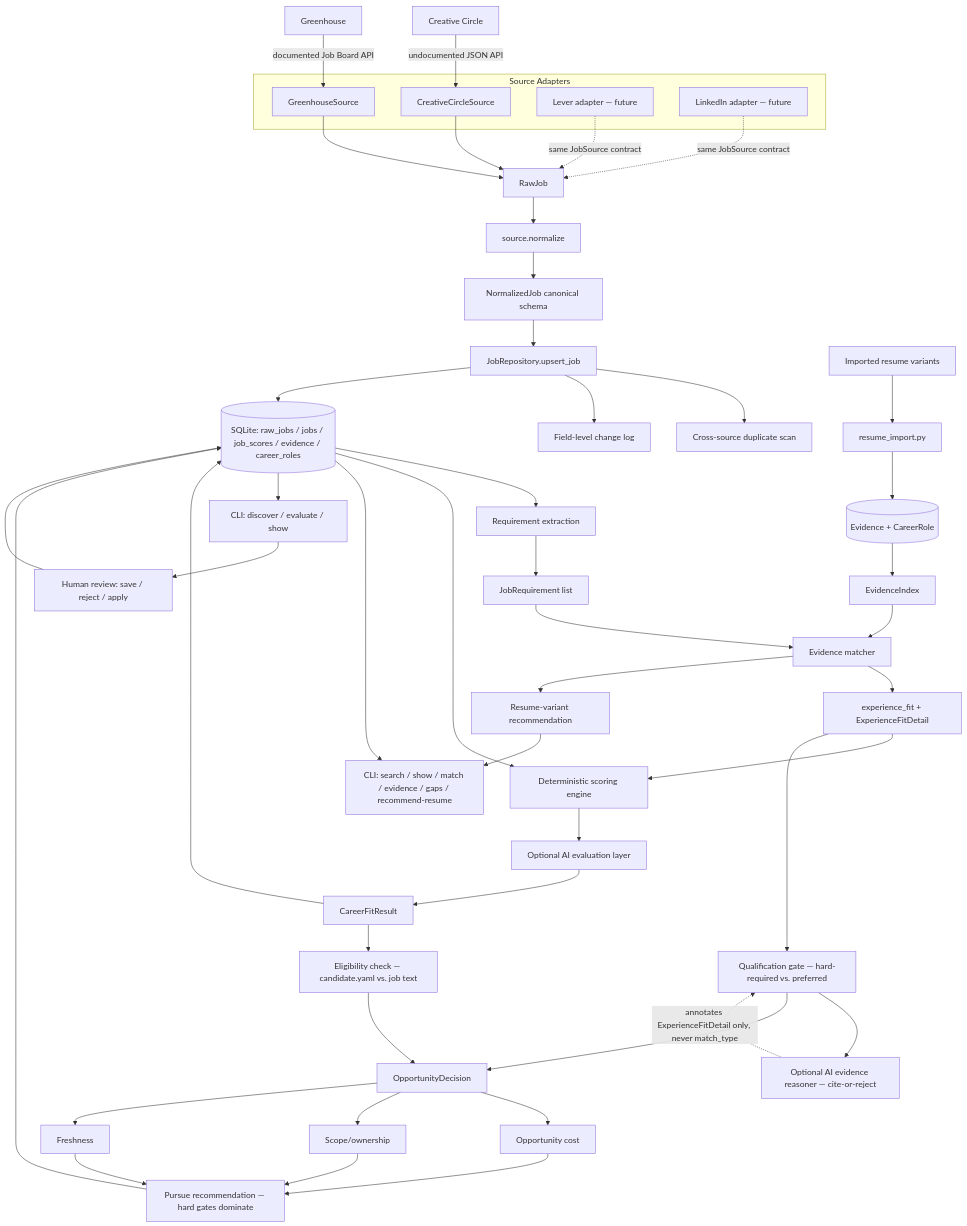
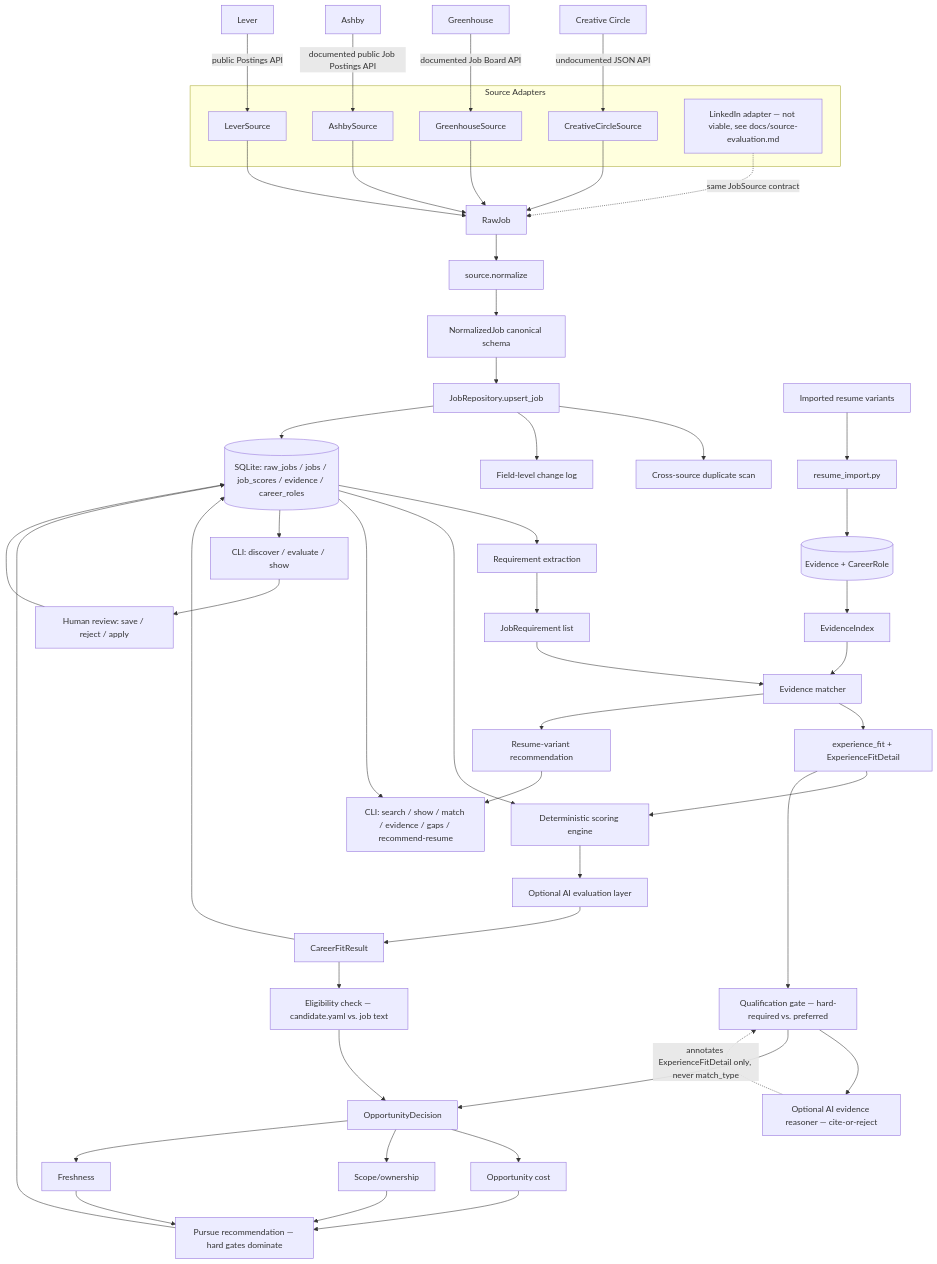
One commit to blackstalk/careers-os changed the diagram in docs/architecture.md. Above: the diagram before and after it, drawn with Mermaid. The commit also changed other lines of this file and 31 other files, not shown here.

First line of the commit message:
feat: add Ashby and Lever discovery sources with an FDE search profile

````diff
--- a/docs/architecture.md
+++ b/docs/architecture.md
@@ -16,64 +16,68 @@
 ```mermaid
 flowchart TD
     CC[Creative Circle] -->|undocumented JSON API| CCSource[CreativeCircleSource]
     GH[Greenhouse] -->|documented Job Board API| GHSource[GreenhouseSource]
+    AS[Ashby] -->|documented public Job Postings API| ASSource[AshbySource]
+    LV[Lever] -->|public Postings API| LVSource[LeverSource]
 
     subgraph Source Adapters
         CCSource
         GHSource
-        LV[Lever adapter — future]
-        LI[LinkedIn adapter — future]
+        ASSource
+        LVSource
+        LI[LinkedIn adapter — not viable, see docs/source-evaluation.md]
     end
 
     CCSource --> Raw[RawJob]
     GHSource --> Raw
-    LV -. same JobSource contract .-> Raw
+    ASSource --> Raw
+    LVSource --> Raw
     LI -. same JobSource contract .-> Raw
 
     Raw --> Norm[source.normalize]
     Norm --> Canon[NormalizedJob canonical schema]
     Canon --> Repo[JobRepository.upsert_job]
     Repo --> Dedup[Cross-source duplicate scan]
     Repo --> Changes[Field-level change log]
     Repo --> DB[(SQLite: raw_jobs / jobs / job_scores / evidence / career_roles)]
 
     DB --> ReqEx[Requirement extraction]
     ReqEx --> Requirements[JobRequirement list]
 
     Resumes[Imported resume variants] --> Importer[resume_import.py]
     Importer --> Evidence[(Evidence + CareerRole)]
     Evidence --> Index[EvidenceIndex]
 
     Requirements --> Matcher[Evidence matcher]
     Index --> Matcher
     Matcher --> ExpFit[experience_fit + ExperienceFitDetail]
 
     DB --> Scorer[Deterministic scoring engine]
     ExpFit --> Scorer
     Scorer --> AI[Optional AI evaluation layer]
     AI --> Result[CareerFitResult]
     Result --> DB
 
     Matcher --> ResumeRec[Resume-variant recommendation]
 
     DB --> CLI[CLI: search / show / match / evidence / gaps / recommend-resume]
     ResumeRec --> CLI
 
     Result --> Eligibility[Eligibility check — candidate.yaml vs. job text]
     ExpFit --> Qualification[Qualification gate — hard-required vs. preferred]
     Qualification --> Reasoner[Optional AI evidence reasoner — cite-or-reject]
     Eligibility --> Decision[OpportunityDecision]
     Qualification --> Decision
     Reasoner -.annotates ExperienceFitDetail only, never match_type.-> Qualification
     Decision --> Cost[Opportunity cost]
     Decision --> Scope[Scope/ownership]
     Decision --> Fresh[Freshness]
     Cost --> Pursue[Pursue recommendation — hard gates dominate]
     Scope --> Pursue
     Fresh --> Pursue
     Pursue --> DB
 
     DB --> CLI2[CLI: discover / evaluate / show]
     CLI2 --> Human[Human review: save / reject / apply]
     Human --> DB
 ```
````
